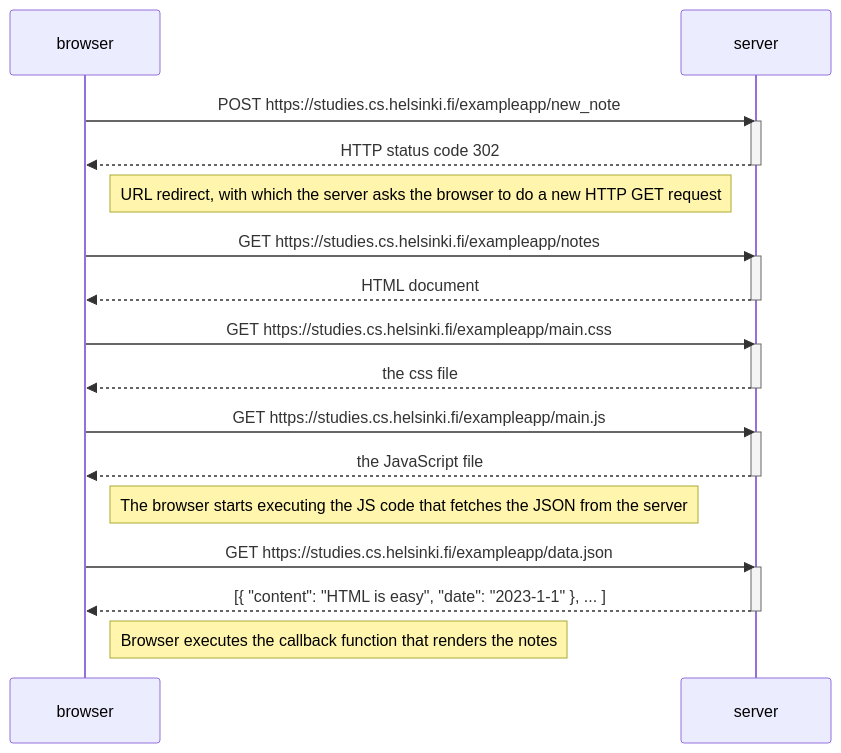
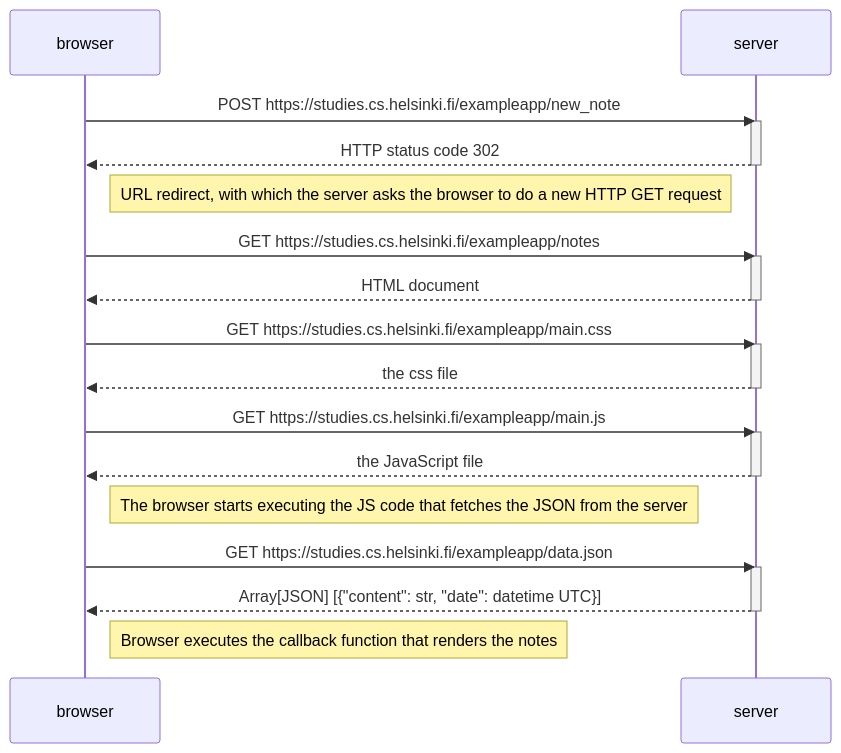
Before and after one commit to danielcieslak/Full-Stack-Open-Course: the diagram in Part 0/0.4: New note diagram.md, drawn with Mermaid.

Commit message:
Update note diagram to reflect JSON response format for data retrieval

````diff
--- a/Part 0/0.4: New note diagram.md
+++ b/Part 0/0.4: New note diagram.md
@@ -1,36 +1,36 @@
 ```mermaid
 sequenceDiagram
     participant browser
     participant server
 
     browser->>server: POST https://studies.cs.helsinki.fi/exampleapp/new_note
     activate server
     server-->>browser: HTTP status code 302
     deactivate server
 
     Note right of browser:URL redirect, with which the server asks the browser to do a new HTTP GET request 
 
     browser->>server: GET https://studies.cs.helsinki.fi/exampleapp/notes
     activate server
     server-->>browser: HTML document
     deactivate server
 
     browser->>server: GET https://studies.cs.helsinki.fi/exampleapp/main.css
     activate server
     server-->>browser: the css file
     deactivate server
 
     browser->>server: GET https://studies.cs.helsinki.fi/exampleapp/main.js
     activate server
     server-->>browser: the JavaScript file
     deactivate server
 
     Note right of browser: The browser starts executing the JS code that fetches the JSON from the server
 
     browser->>server: GET https://studies.cs.helsinki.fi/exampleapp/data.json
     activate server
-    server-->>browser: [{ "content": "HTML is easy", "date": "2023-1-1" }, ... ]
+    server-->>browser:  Array[JSON] [{"content": str, "date": datetime UTC}] 
     deactivate server
 
     Note right of browser: Browser executes the callback function that renders the notes
 ```
````
